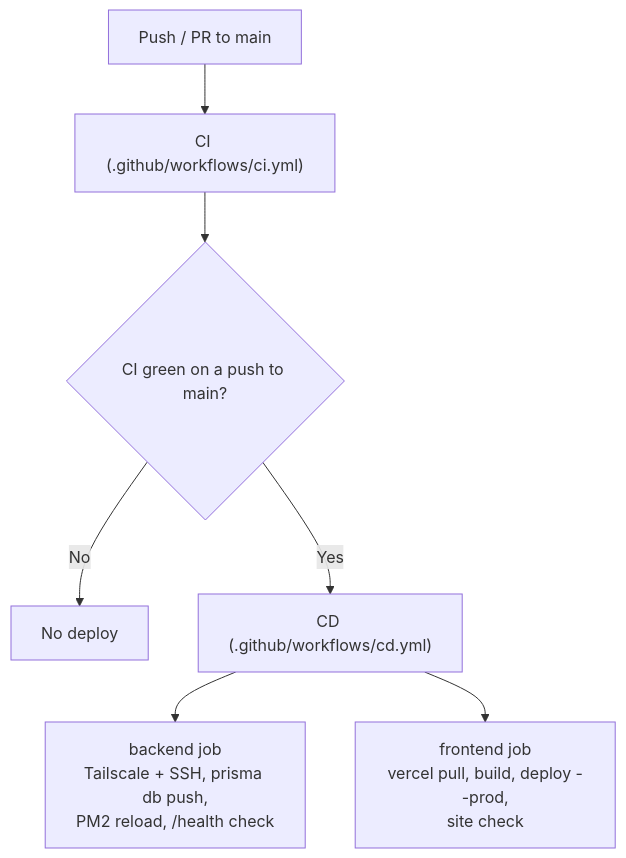
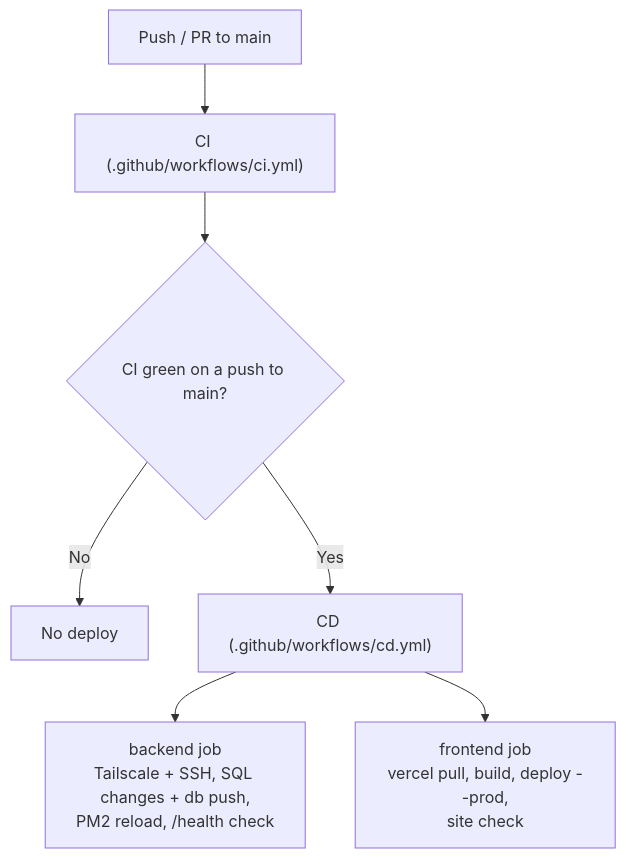
One commit to bytemapco/attandance changed the diagram in docs/devops-ci-cd.md. Above: the diagram before and after it, drawn with Mermaid. The commit also changed other lines of this file and 12 other files, not shown here.

````diff
--- a/docs/devops-ci-cd.md
+++ b/docs/devops-ci-cd.md
@@ -12,9 +12,9 @@
 ```mermaid
 flowchart TD
     Push["Push / PR to main"] --> CI["CI (.github/workflows/ci.yml)"]
     CI --> Gate{"CI green on a push to main?"}
     Gate -->|No| Stop["No deploy"]
     Gate -->|Yes| CD["CD (.github/workflows/cd.yml)"]
-    CD --> API["backend job<br/>Tailscale + SSH, prisma db push,<br/>PM2 reload, /health check"]
+    CD --> API["backend job<br/>Tailscale + SSH, SQL changes + db push,<br/>PM2 reload, /health check"]
     CD --> Web["frontend job<br/>vercel pull, build, deploy --prod,<br/>site check"]
 ```
````
